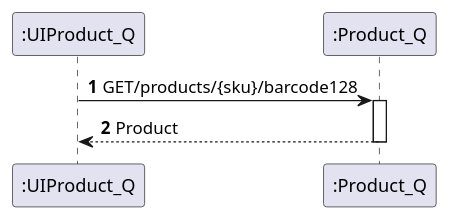
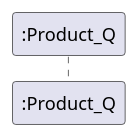
The diagram in Product1_Q/Diagramas/N2/GetBarCode.puml (1201441BrunoPereira/Trabalho2Products), drawn with PlantUML before and after one commit. The commit also changed 10 other files, not shown here.

Commit message:
Atualização diagramas

```diff
--- a/Product1_Q/Diagramas/N2/GetBarCode.puml
+++ b/Product1_Q/Diagramas/N2/GetBarCode.puml
@@ -1,12 +1,9 @@
 @startuml
 'https://plantuml.com/sequence-diagram
 
 autoactivate on
 autonumber
 
-participant ":UIProduct_Q" as pro
-participant ":Product_Q" as pro1
+participant ":Product_Q" as pro
 
-pro -> pro1: GET/products/{sku}/barcode128
-pro1 --> pro: Product
 @enduml
```
